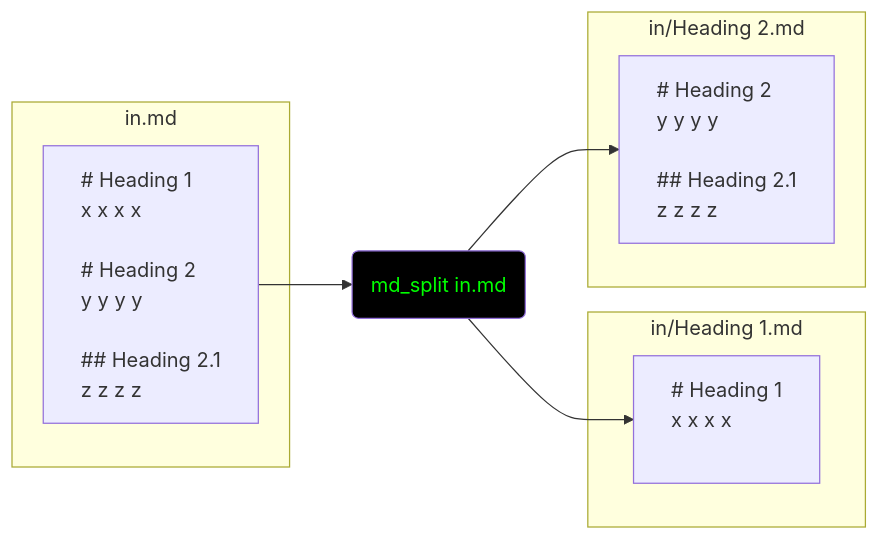
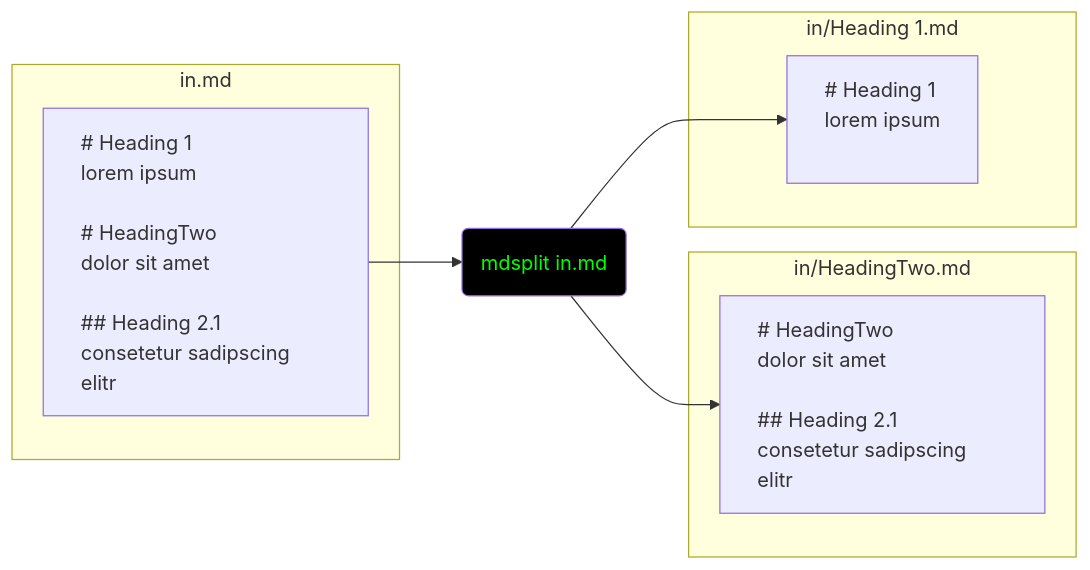
One commit to markusstraub/mdsplit changed the first of 2 diagrams in README.md. Above: the diagram before and after it, drawn with Mermaid. The commit also changed other lines of this file and 3 other files, not shown here.

````diff
--- a/README.md
+++ b/README.md
@@ -3,20 +34,20 @@
 ```mermaid
 %%{init: {'themeVariables': { 'fontFamily': 'Monospace', 'text-align': 'left'}}}%%
 flowchart LR
     subgraph in.md
-        SRC[# Heading 1<br>x x x x<br><br># Heading 2<br>y y y y<br><br>## Heading 2.1<br>z z z z]
+        SRC[# Heading 1<br>lorem ipsum<br><br># HeadingTwo<br>dolor sit amet<br><br>## Heading 2.1<br>consetetur sadipscing elitr]
+    end
+    SRC --> MDSPLIT(mdsplit in.md)
+    MDSPLIT --> SPLIT_A
+    MDSPLIT --> SPLIT_B
+    subgraph in/HeadingTwo.md
+        SPLIT_B[# HeadingTwo<br>dolor sit amet<br><br>## Heading 2.1<br>consetetur sadipscing elitr]
     end
     subgraph in/Heading 1.md
-        SPLIT_A[# Heading 1<br>x x x x<br><br>]
+        SPLIT_A[# Heading 1<br>lorem ipsum<br><br>]
     end
-    subgraph in/Heading 2.md
-        SPLIT_B[# Heading 2<br>y y y y<br><br>## Heading 2.1<br>z z z z]
-    end
-    SRC --> MD_SPLIT(md_split in.md)
-    MD_SPLIT --> SPLIT_A
-    MD_SPLIT --> SPLIT_B
     style SRC text-align:left
     style SPLIT_A text-align:left
     style SPLIT_B text-align:left
-    style MD_SPLIT fill:#000,color:#0F0
+    style MDSPLIT fill:#000,color:#0F0
 ```
````
